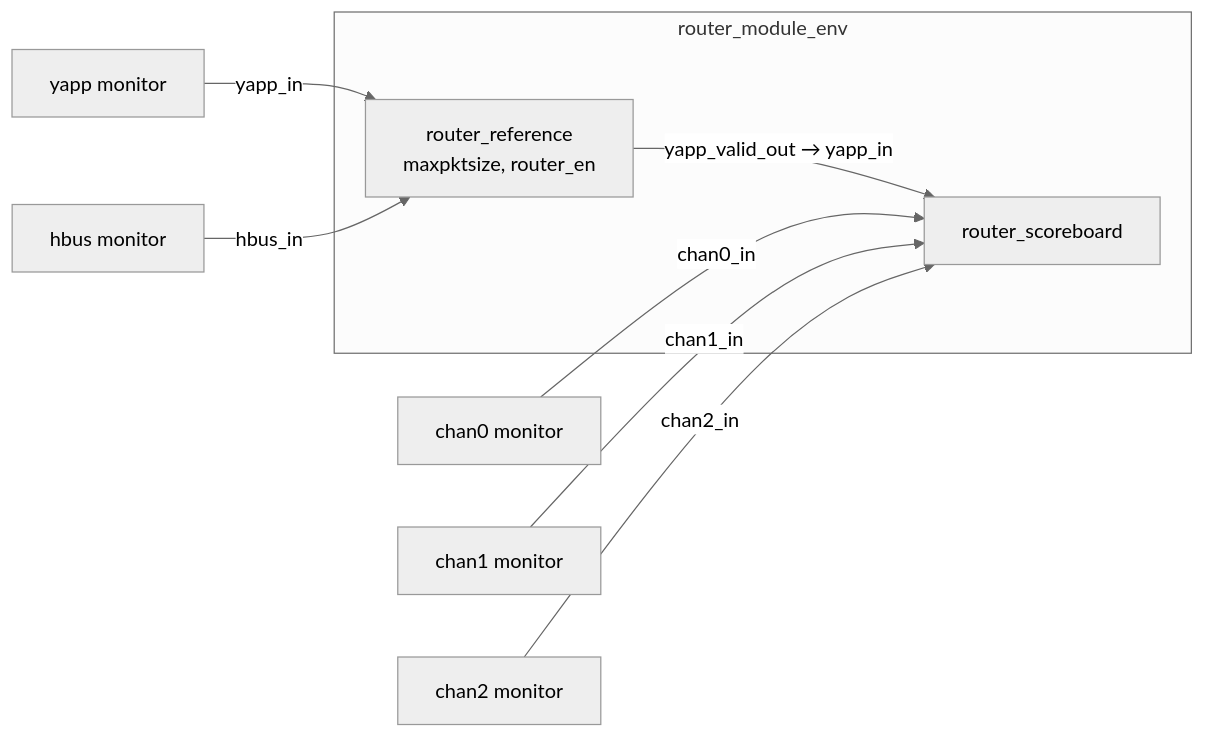
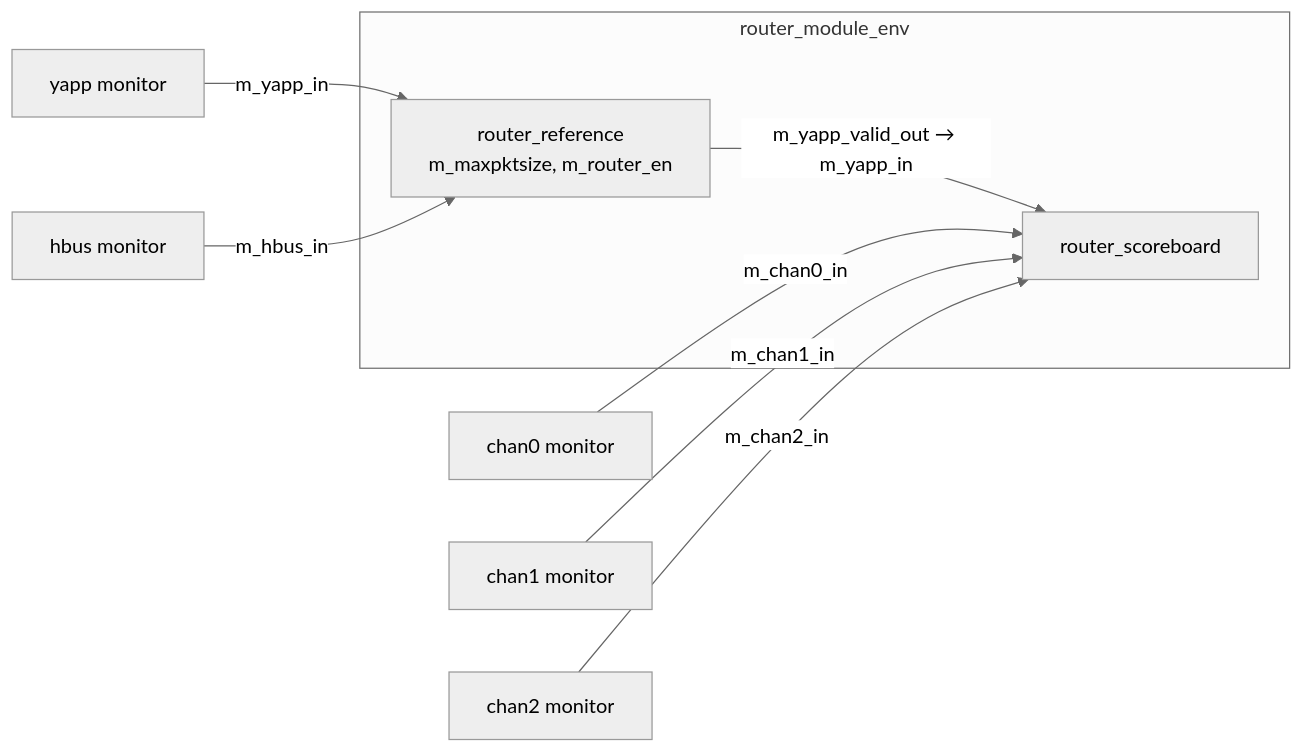
One commit to tamirgabgab/Qcom-Mentoring changed the diagram in docs/labs/lab09b.md. Above: the diagram before and after it, drawn with Mermaid (neutral theme). The commit also changed 83 other files, not shown here.

First line of the commit message:
Site diagrams use the code's variable names

````diff
--- a/docs/labs/lab09b.md
+++ b/docs/labs/lab09b.md
@@ -22,11 +22,11 @@
 ```mermaid
 flowchart LR
-    Y["yapp monitor"] -->|"yapp_in"| R
-    H["hbus monitor"] -->|"hbus_in"| R
+    Y["yapp monitor"] -->|"m_yapp_in"| R
+    H["hbus monitor"] -->|"m_hbus_in"| R
     subgraph ENV["router_module_env"]
-        R["router_reference<br/>maxpktsize, router_en"] -->|"yapp_valid_out → yapp_in"| S["router_scoreboard"]
+        R["router_reference<br/>m_maxpktsize, m_router_en"] -->|"m_yapp_valid_out → m_yapp_in"| S["router_scoreboard"]
     end
-    C0["chan0 monitor"] -->|"chan0_in"| S
-    C1["chan1 monitor"] -->|"chan1_in"| S
-    C2["chan2 monitor"] -->|"chan2_in"| S
+    C0["chan0 monitor"] -->|"m_chan0_in"| S
+    C1["chan1 monitor"] -->|"m_chan1_in"| S
+    C2["chan2 monitor"] -->|"m_chan2_in"| S
 ```
````
